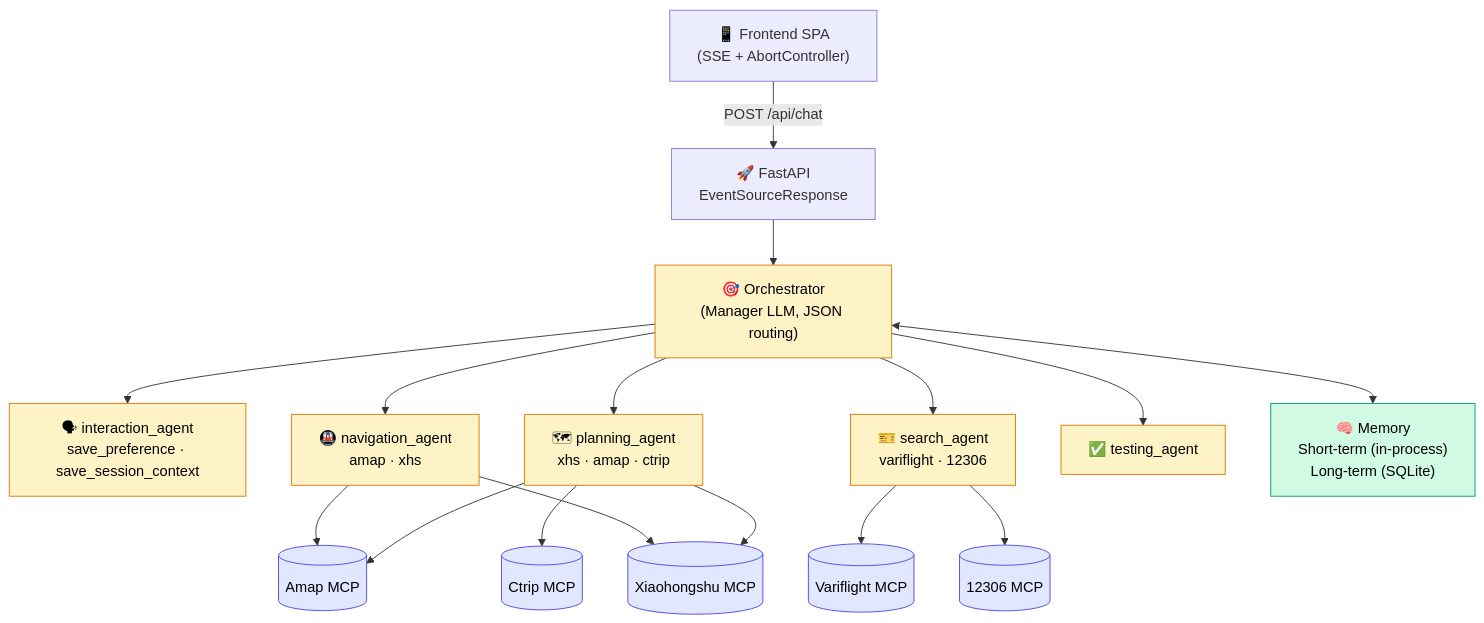
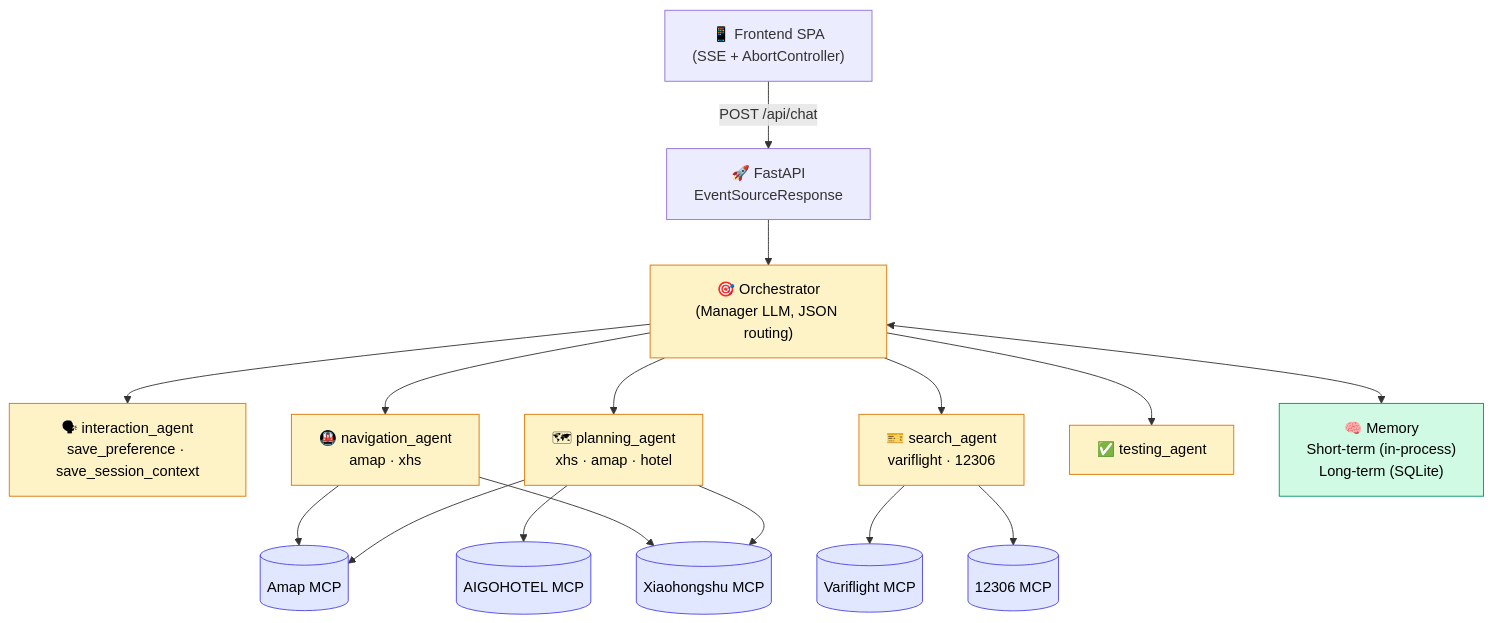
One commit to gwx541/Multi-Agent-travel changed the diagram in README_EN.md. Above: the diagram before and after it, drawn with Mermaid. The commit also changed other lines of this file and 1 other file, not shown here.

Commit message:
docs: replace Ctrip with AIGOHOTEL hotel MCP in README

````diff
--- a/README_EN.md
+++ b/README_EN.md
@@ -43,28 +43,28 @@
 ```mermaid
 flowchart TB
     UI["📱 Frontend SPA<br/>(SSE + AbortController)"] -->|POST /api/chat| API["🚀 FastAPI<br/>EventSourceResponse"]
     API --> ORCH["🎯 Orchestrator<br/>(Manager LLM, JSON routing)"]
 
     ORCH --> A1["🗣 interaction_agent<br/>save_preference · save_session_context"]
-    ORCH --> A2["🗺 planning_agent<br/>xhs · amap · ctrip"]
+    ORCH --> A2["🗺 planning_agent<br/>xhs · amap · hotel"]
     ORCH --> A3["🚇 navigation_agent<br/>amap · xhs"]
     ORCH --> A4["🎫 search_agent<br/>variflight · 12306"]
     ORCH --> A5["✅ testing_agent"]
 
     ORCH <--> MEM["🧠 Memory\nShort-term (in-process)\nLong-term (SQLite)"]
 
     A2 --> M1[(Amap MCP)]
     A2 --> M2[(Xiaohongshu MCP)]
-    A2 --> M3[(Ctrip MCP)]
+    A2 --> M3[(AIGOHOTEL MCP)]
     A3 --> M1
     A3 --> M2
     A4 --> M4[(Variflight MCP)]
     A4 --> M5[(12306 MCP)]
 
     classDef llm fill:#fef3c7,stroke:#d97706,color:#000
     classDef mcp fill:#e0e7ff,stroke:#4f46e5,color:#000
     classDef mem fill:#d1fae5,stroke:#059669,color:#000
     class ORCH,A1,A2,A3,A4,A5 llm
     class M1,M2,M3,M4,M5 mcp
     class MEM mem
 ```
````
